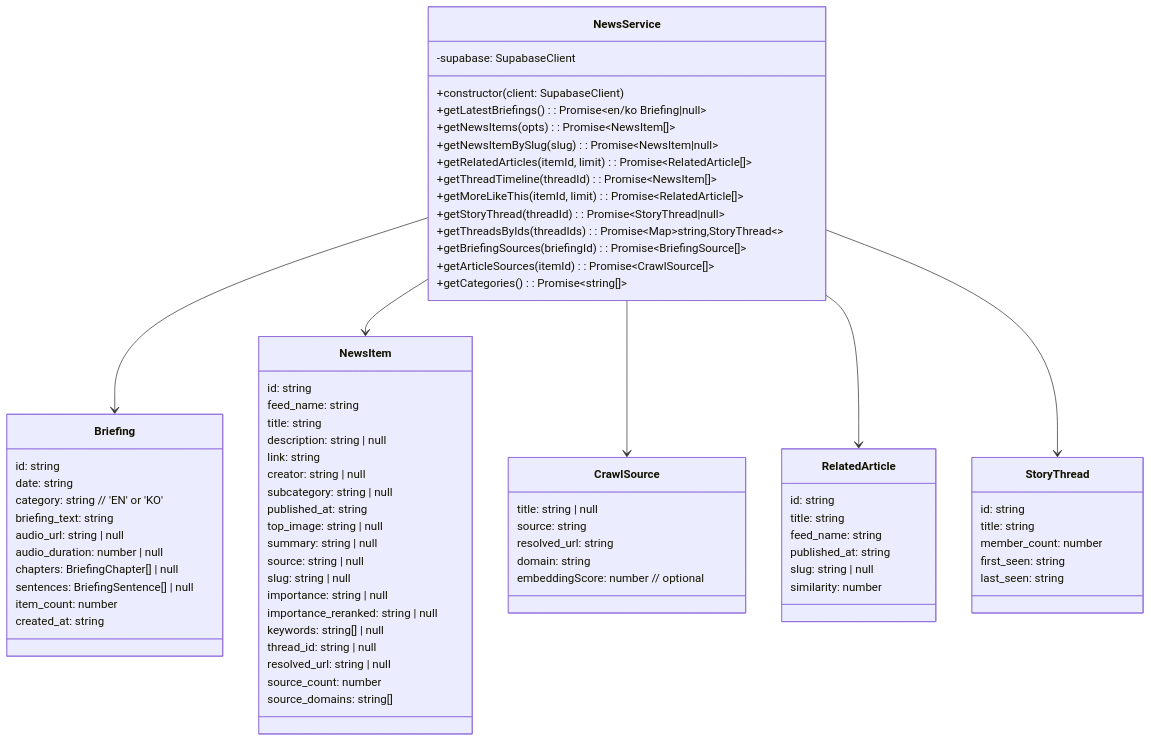
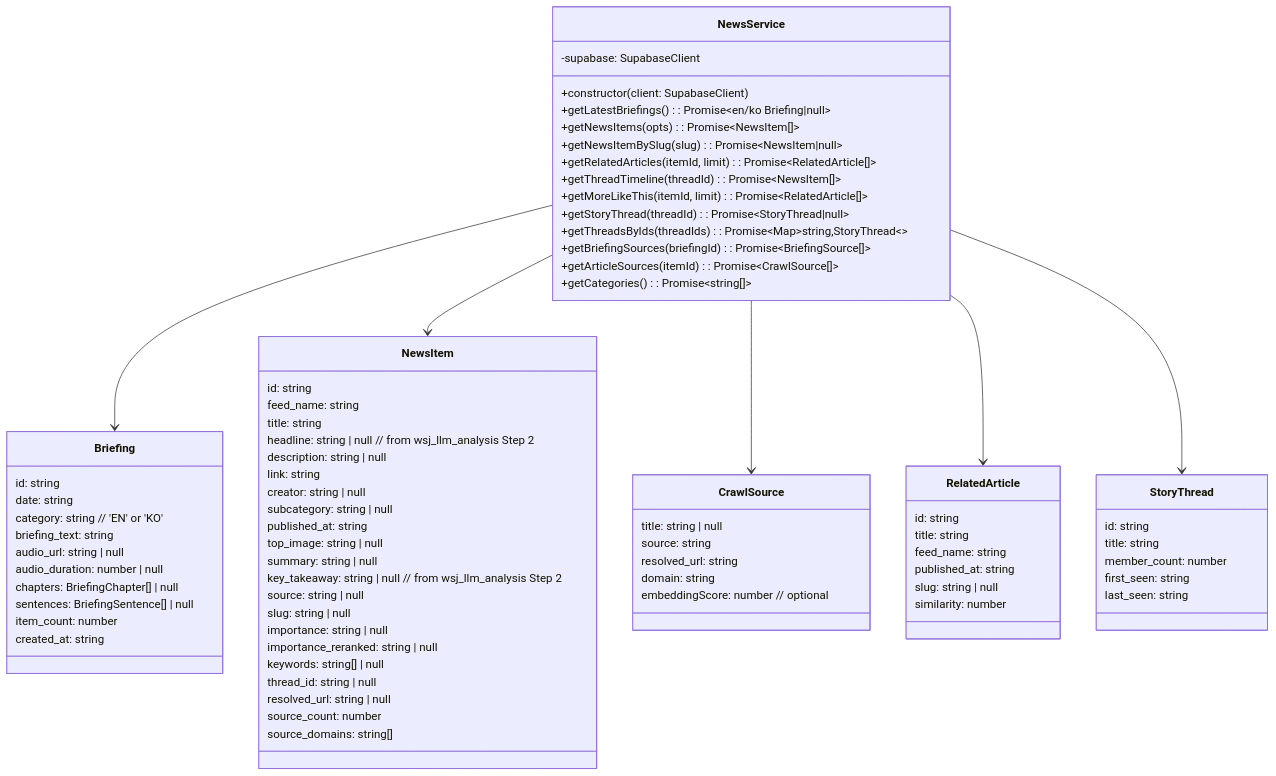
One commit to choym92/araverus changed the fifth of 6 diagrams in docs/2-news-frontend.md. Above: the diagram before and after it, drawn with Mermaid. The commit also changed other lines of this file and 12 other files, not shown here.

First line of the commit message:
feat: content transformation — 2-step LLM, original headlines, visibility gate

```diff
--- a/docs/2-news-frontend.md
+++ b/docs/2-news-frontend.md
@@ -550,6 +555,7 @@
         id: string
         feed_name: string
         title: string
+        headline: string | null       // from wsj_llm_analysis Step 2
         description: string | null
         link: string
         creator: string | null
@@ -557,6 +563,7 @@
         published_at: string
         top_image: string | null
         summary: string | null
+        key_takeaway: string | null   // from wsj_llm_analysis Step 2
         source: string | null
         slug: string | null
         importance: string | null
```
